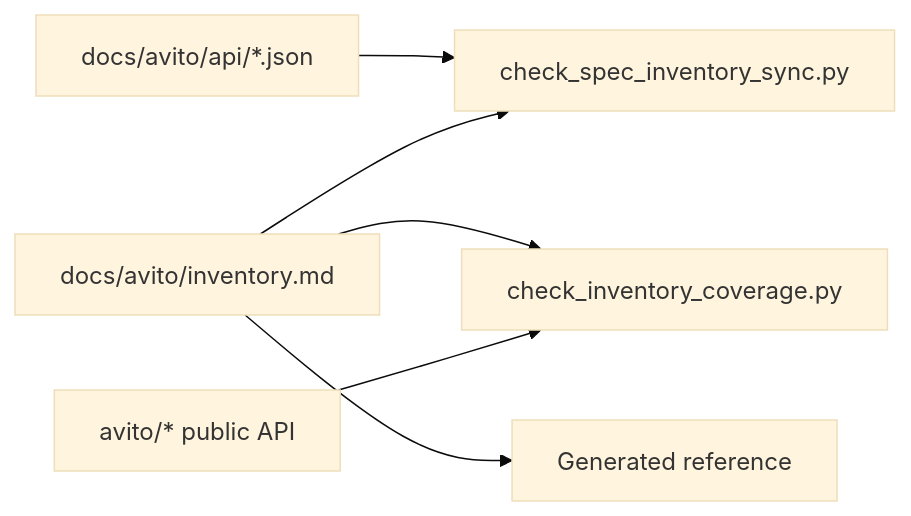
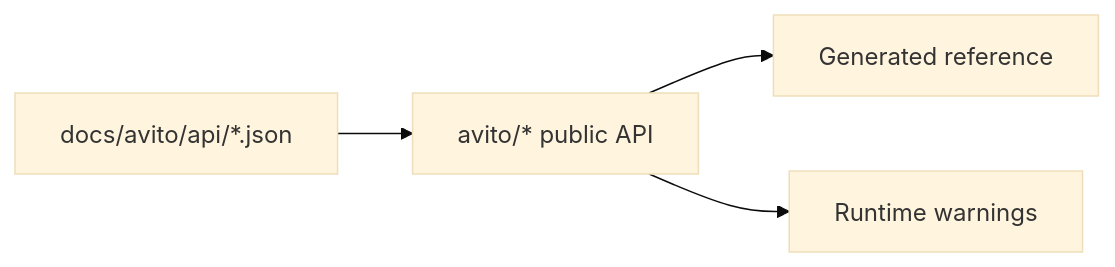
One commit to p141592/avito_python_api changed the diagram in docs/site/explanations/api-coverage-and-deprecations.md. Above: the diagram before and after it, drawn with Mermaid (base theme). The commit also changed other lines of this file and 12 other files, not shown here.

````diff
--- a/docs/site/explanations/api-coverage-and-deprecations.md
+++ b/docs/site/explanations/api-coverage-and-deprecations.md
@@ -5,8 +5,6 @@
 ```mermaid
 flowchart LR
-    spec[docs/avito/api/*.json] --> sync[check_spec_inventory_sync.py]
-    inventory[docs/avito/inventory.md] --> sync
-    inventory --> coverage[check_inventory_coverage.py]
-    inventory --> reference[Generated reference]
-    sdk[avito/* public API] --> coverage
+    spec[docs/avito/api/*.json] --> sdk[avito/* public API]
+    sdk --> reference[Generated reference]
+    sdk --> warnings[Runtime warnings]
 ```
````
